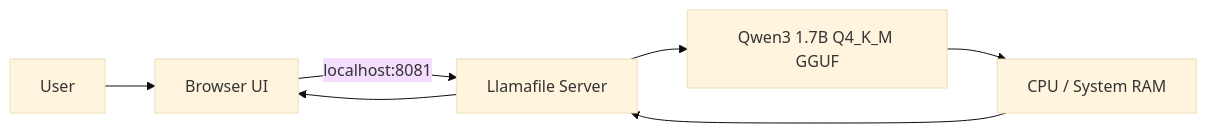
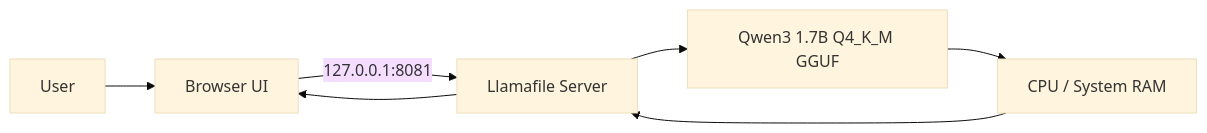
The second of 2 diagrams in README.md (Rishikeshsanin/Rishi-AI-BOT1), drawn with Mermaid (base theme) before and after one commit. The commit also changed other lines of this file, not shown here.

````diff
--- a/README.md
+++ b/README.md
@@ -41,9 +85,9 @@
 ```mermaid
 flowchart LR
     U[User] --> B[Browser UI]
-    B -->|localhost:8081| L[Llamafile Server]
+    B -->|127.0.0.1:8081| L[Llamafile Server]
     L --> Q[Qwen3 1.7B Q4_K_M GGUF]
     Q --> C[CPU / System RAM]
     C --> L
     L --> B
 ```
````
